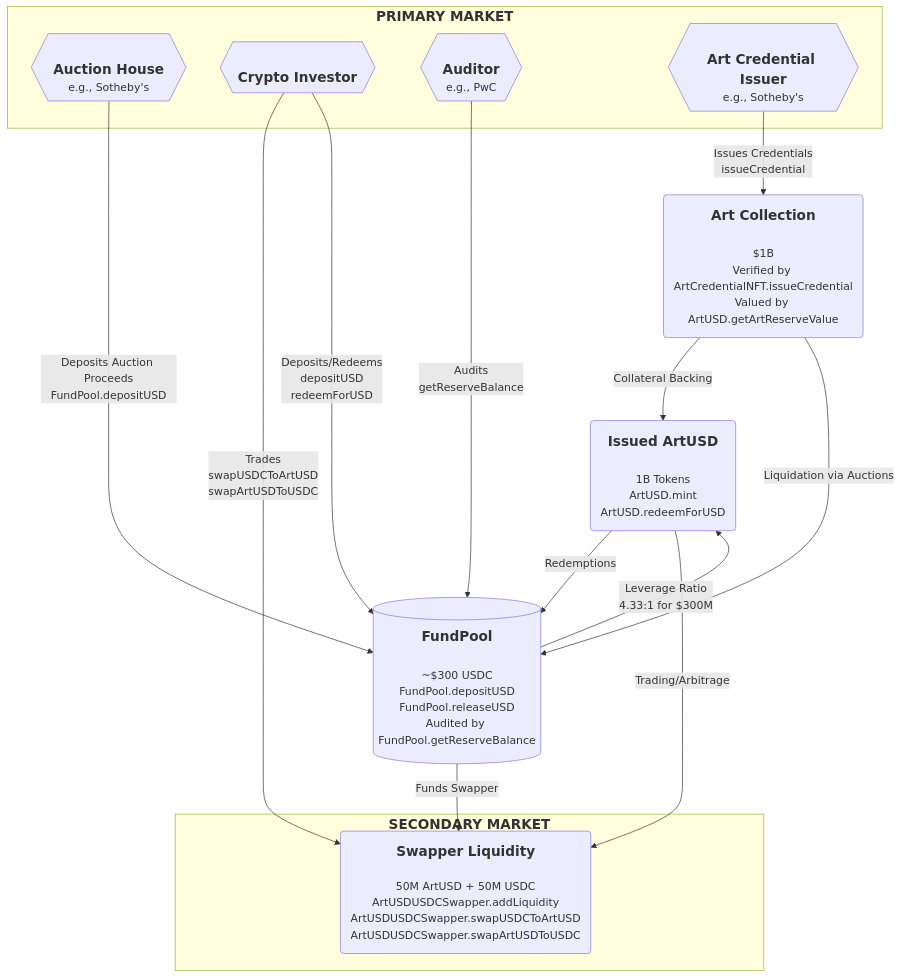
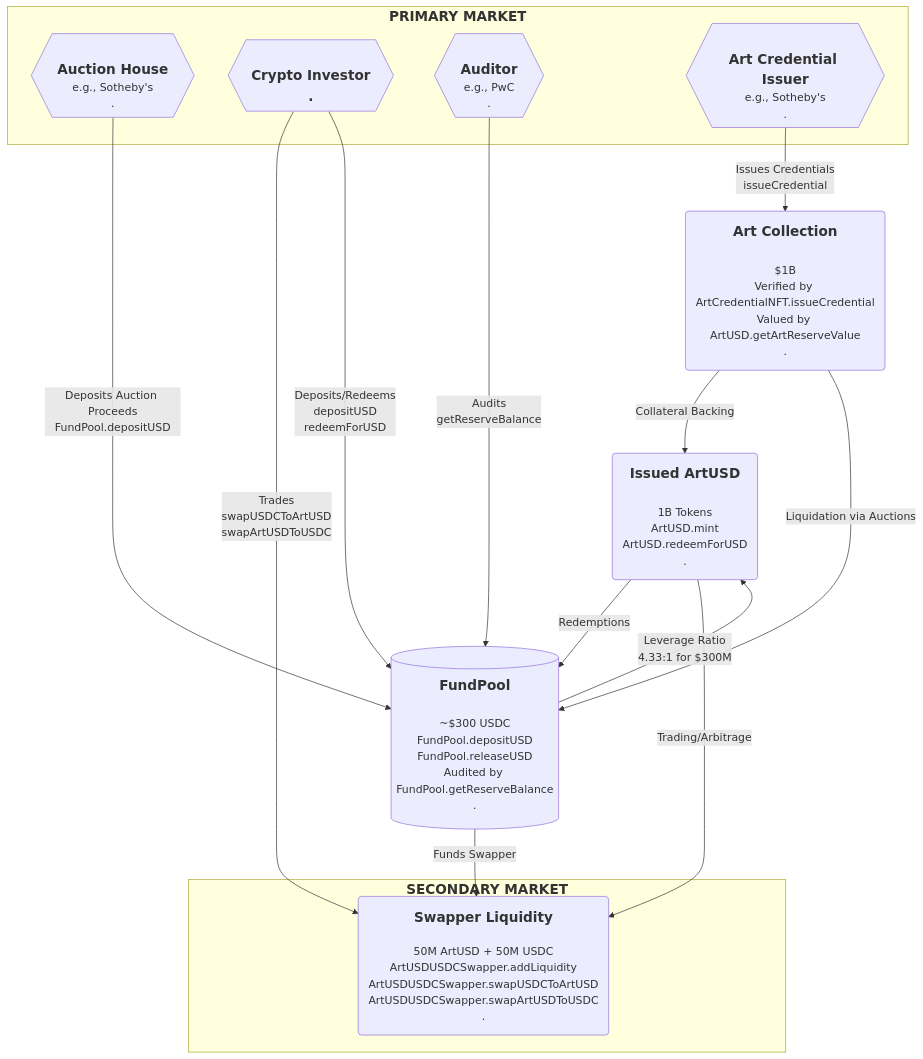
The second of 2 diagrams in README.md (realmatterio/ArtUSD), drawn with Mermaid before and after one commit. The commit also changed other lines of this file, not shown here.

````diff
--- a/README.md
+++ b/README.md
@@ -273,35 +273,35 @@
 ```mermaid
 
 graph TD
 
-    A(<b style="font-size: 20px;">Art Collection<br><br></b>$1B<br>Verified by ArtCredentialNFT.issueCredential<br>Valued by ArtUSD.getArtReserveValue)
-    B(<b style="font-size: 20px;">Issued ArtUSD<br><br></b>1B Tokens<br>ArtUSD.mint<br>ArtUSD.redeemForUSD)
-    C[(<b style="font-size: 20px;">FundPool<br><br></b>~$300 USDC<br>FundPool.depositUSD<br>FundPool.releaseUSD<br>Audited by FundPool.getReserveBalance)]
+    A(<b style="font-size: 20px;">Art Collection<br><br></b>$1B<br>Verified by ArtCredentialNFT.issueCredential<br>Valued by ArtUSD.getArtReserveValue<br>.)
+    B(<b style="font-size: 20px;">Issued ArtUSD<br><br></b>1B Tokens<br>ArtUSD.mint<br>ArtUSD.redeemForUSD<br>.)
+    C[(<b style="font-size: 20px;">FundPool<br><br></b>~$300 USDC<br>FundPool.depositUSD<br>FundPool.releaseUSD<br>Audited by FundPool.getReserveBalance<br>.)]
 
     subgraph "`<b style="font-size: 20px;">PRIMARY MARKET</b>`"
-        E{{<b style="font-size: 20px;"><br>Auction House<br></b>e.g., Sotheby's}}
-        F{{<b style="font-size: 20px;"><br>Crypto Investor</b>}}
-        G{{<b style="font-size: 20px;"><br>Auditor<br></b>e.g., PwC}}
-        H{{<b style="font-size: 20px;"><br>Art Credential Issuer<br></b>e.g., Sotheby's}}
+        E{{<b style="font-size: 20px;"><br>Auction House<br></b>e.g., Sotheby's<br>.}}
+        F{{<b style="font-size: 20px;"><br>Crypto Investor<br>.</b>}}
+        G{{<b style="font-size: 20px;"><br>Auditor<br></b>e.g., PwC<br>.}}
+        H{{<b style="font-size: 20px;"><br>Art Credential Issuer<br></b>e.g., Sotheby's<br>.}}
     end
 
     subgraph "`<b style="font-size: 20px;">SECONDARY MARKET</b><br><br>`"
-        D(<b style="font-size: 20px;">Swapper Liquidity<br></b><br>50M ArtUSD + 50M USDC<br>ArtUSDUSDCSwapper.addLiquidity<br>ArtUSDUSDCSwapper.swapUSDCToArtUSD<br>ArtUSDUSDCSwapper.swapArtUSDToUSDC)
+        D(<b style="font-size: 20px;">Swapper Liquidity<br></b><br>50M ArtUSD + 50M USDC<br>ArtUSDUSDCSwapper.addLiquidity<br>ArtUSDUSDCSwapper.swapUSDCToArtUSD<br>ArtUSDUSDCSwapper.swapArtUSDToUSDC<br>.)
     end
 
     A -->|Collateral Backing| B
     A -->|Liquidation via Auctions| C
     
     B -->|Redemptions| C
     B -->|Trading/Arbitrage| D
     
     C -->|Funds Swapper| D
     C -->|Leverage Ratio<br>4.33:1 for $300M<br>| B
     
     E -->|Deposits Auction Proceeds<br>FundPool.depositUSD| C
     F -->|Trades<br>swapUSDCToArtUSD<br>swapArtUSDToUSDC| D
     F -->|Deposits/Redeems<br>depositUSD<br>redeemForUSD| C
     G -->|Audits<br>getReserveBalance| C
     H -->|Issues Credentials<br>issueCredential| A
 
 ```
````
